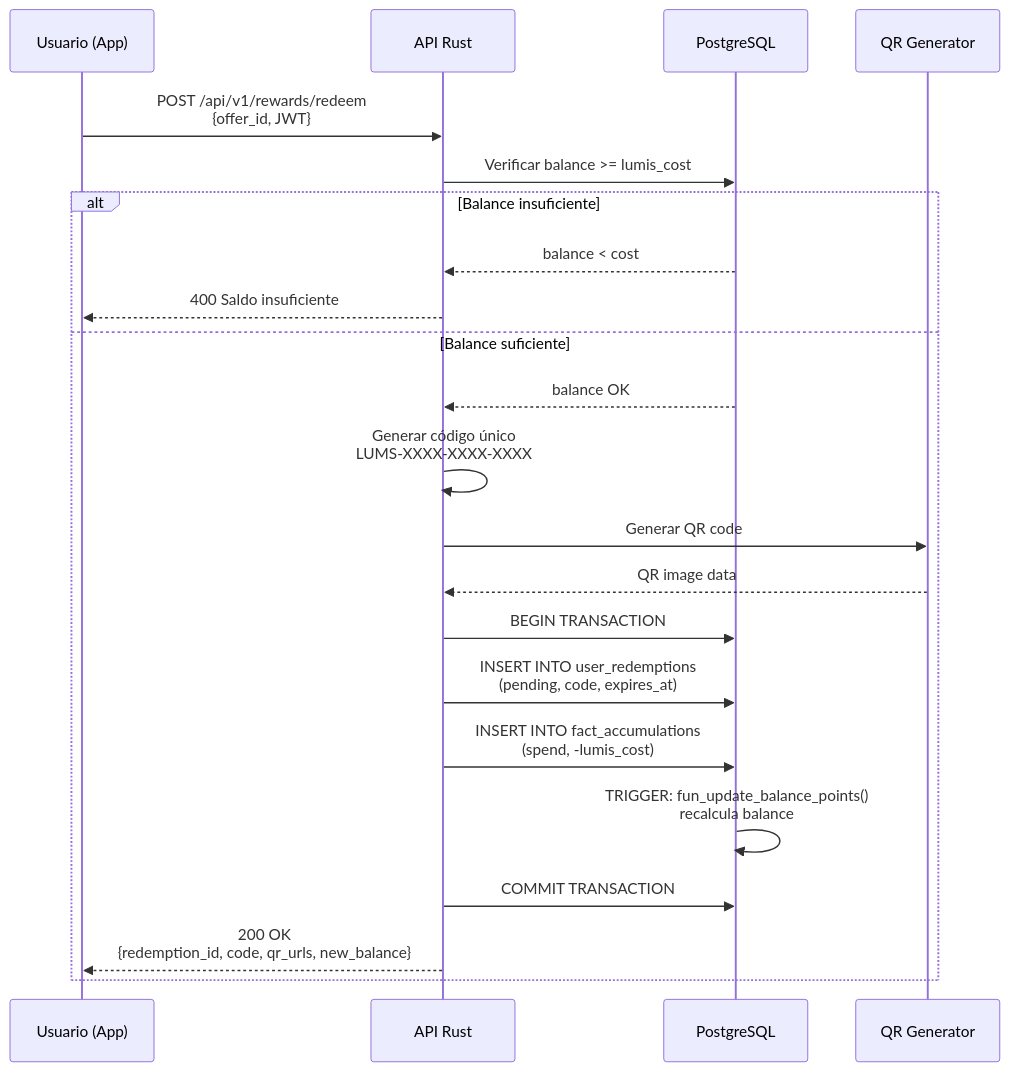
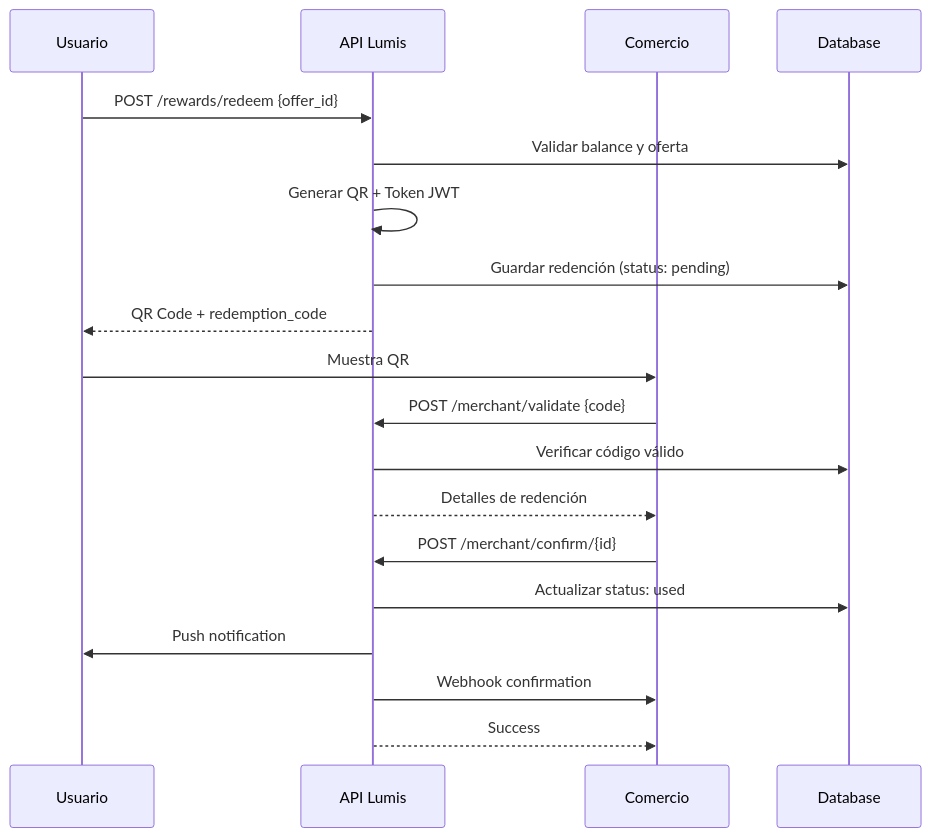
One commit to andresv-qr/lum_rust_backend changed the diagram in API_DOC_REDEMPTIONS.md. Above: the diagram before and after it, drawn with Mermaid. The commit also changed other lines of this file and 40 other files, not shown here.

````diff
--- a/API_DOC_REDEMPTIONS.md
+++ b/API_DOC_REDEMPTIONS.md
@@ -284,35 +49,24 @@
 ```mermaid
 sequenceDiagram
-    participant U as Usuario (App)
-    participant API as API Rust
-    participant DB as PostgreSQL
-    participant QR as QR Generator
-
-    U->>API: POST /api/v1/rewards/redeem<br/>{offer_id, JWT}
+    participant U as Usuario
+    participant API as API Lumis
+    participant M as Comercio
+    participant DB as Database
     
-    API->>DB: Verificar balance >= lumis_cost
+    U->>API: POST /rewards/redeem {offer_id}
+    API->>DB: Validar balance y oferta
+    API->>API: Generar QR + Token JWT
+    API->>DB: Guardar redención (status: pending)
+    API-->>U: QR Code + redemption_code
     
-    alt Balance insuficiente
-        DB-->>API: balance < cost
-        API-->>U: 400 Saldo insuficiente
-    else Balance suficiente
-        DB-->>API: balance OK
-        
-        API->>API: Generar código único<br/>LUMS-XXXX-XXXX-XXXX
-        
-        API->>QR: Generar QR code
-        QR-->>API: QR image data
-        
-        API->>DB: BEGIN TRANSACTION
-        
-        API->>DB: INSERT INTO user_redemptions<br/>(pending, code, expires_at)
-        
-        API->>DB: INSERT INTO fact_accumulations<br/>(spend, -lumis_cost)
-        
-        DB->>DB: TRIGGER: fun_update_balance_points()<br/>recalcula balance
-        
-        API->>DB: COMMIT TRANSACTION
-        
-        API-->>U: 200 OK<br/>{redemption_id, code, qr_urls, new_balance}
-    end
+    U->>M: Muestra QR
+    M->>API: POST /merchant/validate {code}
+    API->>DB: Verificar código válido
+    API-->>M: Detalles de redención
+    
+    M->>API: POST /merchant/confirm/{id}
+    API->>DB: Actualizar status: used
+    API->>U: Push notification
+    API->>M: Webhook confirmation
+    API-->>M: Success
 ```
````
